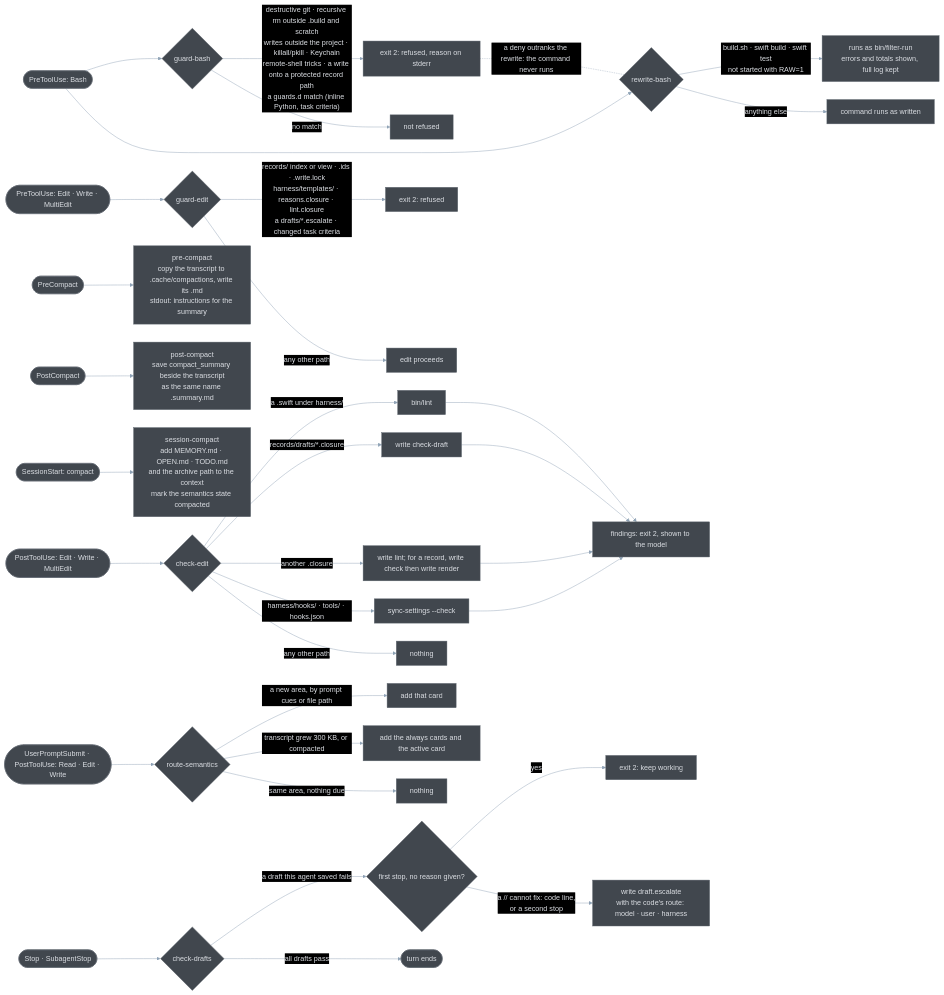
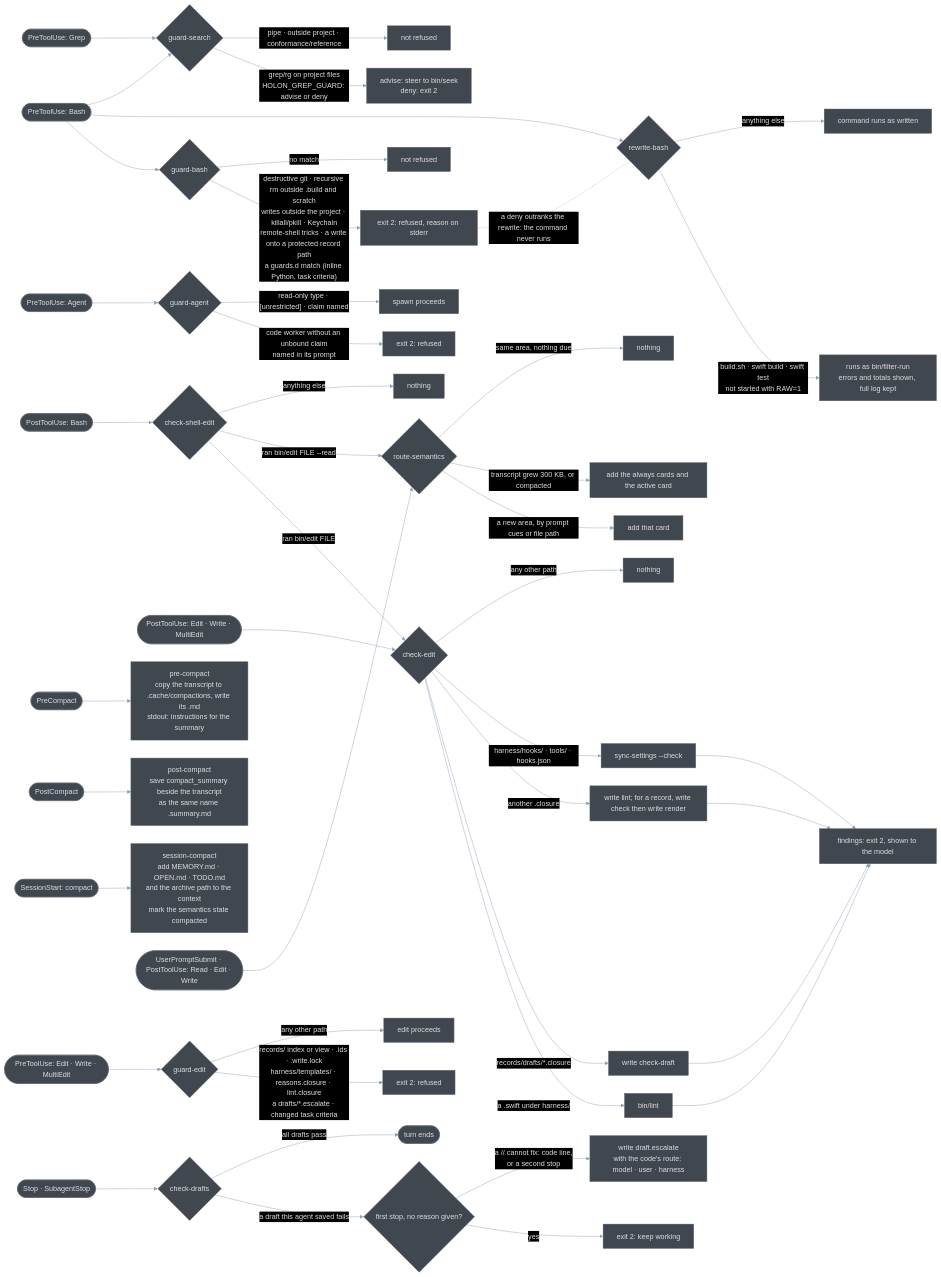
One commit to annimvs/HolonStack changed the second of 3 diagrams in adopt-holon/.agents/harness/HARNESS.md. Above: the diagram before and after it, drawn with Mermaid. The commit also changed other lines of this file and 177 other files, not shown here.

Commit message:
feat: dogfood harness at repo root, port audit fixes, and extend audit schema

````diff
--- a/adopt-holon/.agents/harness/HARNESS.md
+++ b/adopt-holon/.agents/harness/HARNESS.md
@@ -93,54 +93,68 @@
 ```mermaid
 %%{init: {
   "theme": "base",
   "themeVariables": {
     "darkMode": true,
     "background": "#363B40",
     "primaryColor": "#41474E",
     "primaryTextColor": "#DCDFE4",
     "primaryBorderColor": "#5C646D",
     "lineColor": "#8FA2B5",
     "textColor": "#B8BFC6",
     "clusterBkg": "#2F3338",
     "clusterBorder": "#4A5057"
   },
   "flowchart": { "curve": "basis", "nodeSpacing": 40, "rankSpacing": 50 }
 }}%%
 flowchart LR
     shell(["PreToolUse: Bash"]) --> gb{"guard-bash"}
     gb -- "destructive git · recursive rm outside .build and scratch<br/>writes outside the project · killall/pkill · Keychain<br/>remote-shell tricks · a write onto a protected record path<br/>a guards.d match (inline Python, task criteria)" --> refused["exit 2: refused, reason on stderr"]
     shell --> rb{"rewrite-bash"}
+    shell --> gs{"guard-search"}
     gb -- "no match" --> ok["not refused"]
     rb -- "build.sh · swift build · swift test<br/>not started with RAW=1" --> fr["runs as bin/filter-run<br/>errors and totals shown, full log kept"]
     rb -- "anything else" --> runs["command runs as written"]
     refused -. "a deny outranks the rewrite: the command never runs" .- rb
+
+    presearch(["PreToolUse: Grep"]) --> gs
+    gs -- "grep/rg on project files<br/>HOLON_GREP_GUARD: advise or deny" --> seeknote["advise: steer to bin/seek<br/>deny: exit 2"]
+    gs -- "pipe · outside project · conformance/reference" --> searchok["not refused"]
+
+    preagent(["PreToolUse: Agent"]) --> ga{"guard-agent"}
+    ga -- "code worker without an unbound claim<br/>named in its prompt" --> refusedagent["exit 2: refused"]
+    ga -- "read-only type · [unrestricted] · claim named" --> agentok["spawn proceeds"]
+
+    postbash(["PostToolUse: Bash"]) --> cse{"check-shell-edit"}
+    cse -- "ran bin/edit FILE" --> ce
+    cse -- "ran bin/edit FILE --read" --> rs
+    cse -- "anything else" --> bashquiet["nothing"]
 
     preedit(["PreToolUse: Edit · Write · MultiEdit"]) --> ge{"guard-edit"}
     ge -- "records/ index or view · .ids · .write.lock<br/>harness/templates/ · reasons.closure · lint.closure<br/>a drafts/*.escalate · changed task criteria" --> refusededit["exit 2: refused"]
     ge -- "any other path" --> editok["edit proceeds"]
 
     postedit(["PostToolUse: Edit · Write · MultiEdit"]) --> ce{"check-edit"}
     ce -- "a .swift under harness/" --> lint["bin/lint"]
     ce -- "records/drafts/*.closure" --> cdraft["write check-draft"]
     ce -- "another .closure" --> wl["write lint; for a record, write check then write render"]
     ce -- "harness/hooks/ · tools/ · hooks.json" --> ss["sync-settings --check"]
     ce -- "any other path" --> quiet["nothing"]
     lint --> found["findings: exit 2, shown to the model"]
     cdraft --> found
     wl --> found
     ss --> found
 
     precompact(["PreCompact"]) --> pc["pre-compact<br/>copy the transcript to .cache/compactions, write its .md<br/>stdout: instructions for the summary"]
     postcompact(["PostCompact"]) --> poc["post-compact<br/>save compact_summary beside the transcript<br/>as the same name .summary.md"]
     sstart(["SessionStart: compact"]) --> sc["session-compact<br/>add MEMORY.md · OPEN.md · TODO.md<br/>and the archive path to the context<br/>mark the semantics state compacted"]
     route(["UserPromptSubmit · PostToolUse: Read · Edit · Write"]) --> rs{"route-semantics"}
     rs -- "a new area, by prompt cues or file path" --> card["add that card"]
     rs -- "transcript grew 300 KB, or compacted" --> again["add the always cards and the active card"]
     rs -- "same area, nothing due" --> silent["nothing"]
 
     stop(["Stop · SubagentStop"]) --> cd{"check-drafts"}
     cd -- "a draft this agent saved fails" --> first{"first stop, no reason given?"}
     first -- "yes" --> block["exit 2: keep working"]
     first -- "a // cannot fix: code line,<br/>or a second stop" --> esc["write draft.escalate<br/>with the code's route: model · user · harness"]
     cd -- "all drafts pass" --> done(["turn ends"])
 ```
````
